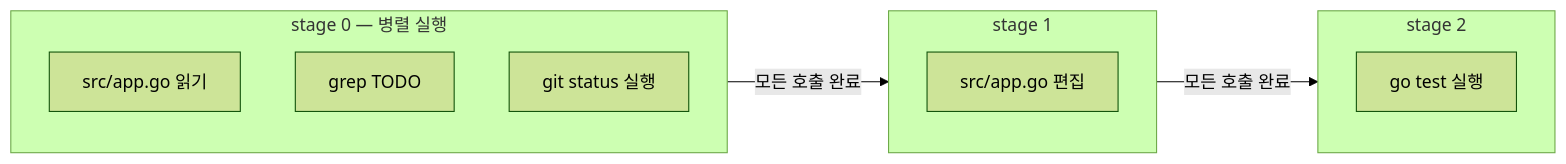
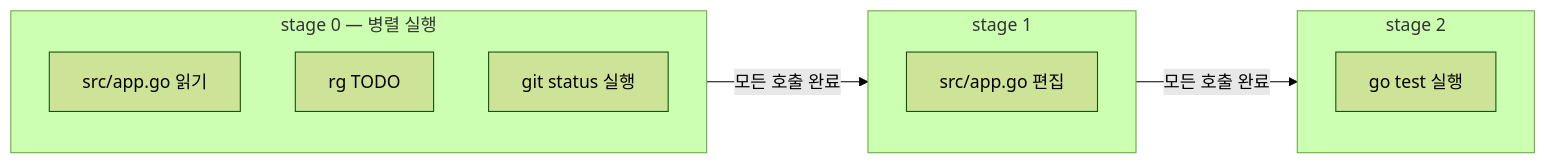
The diagram in docs/README.ko.md (Bronya0/ally-agent), drawn with Mermaid (forest theme) before and after one commit. The commit also changed 61 other files, not shown here.

````diff
--- a/docs/README.ko.md
+++ b/docs/README.ko.md
@@ -87,16 +87,16 @@
 ```mermaid
 flowchart LR
   subgraph S0["stage 0 — 병렬 실행"]
     A["src/app.go 읽기"]
-    B["grep TODO"]
+    B["rg TODO"]
     C["git status 실행"]
   end
   subgraph S1["stage 1"]
     D["src/app.go 편집"]
   end
   subgraph S2["stage 2"]
     E["go test 실행"]
   end
   S0 -->|"모든 호출 완료"| S1
   S1 -->|"모든 호출 완료"| S2
 ```
````
